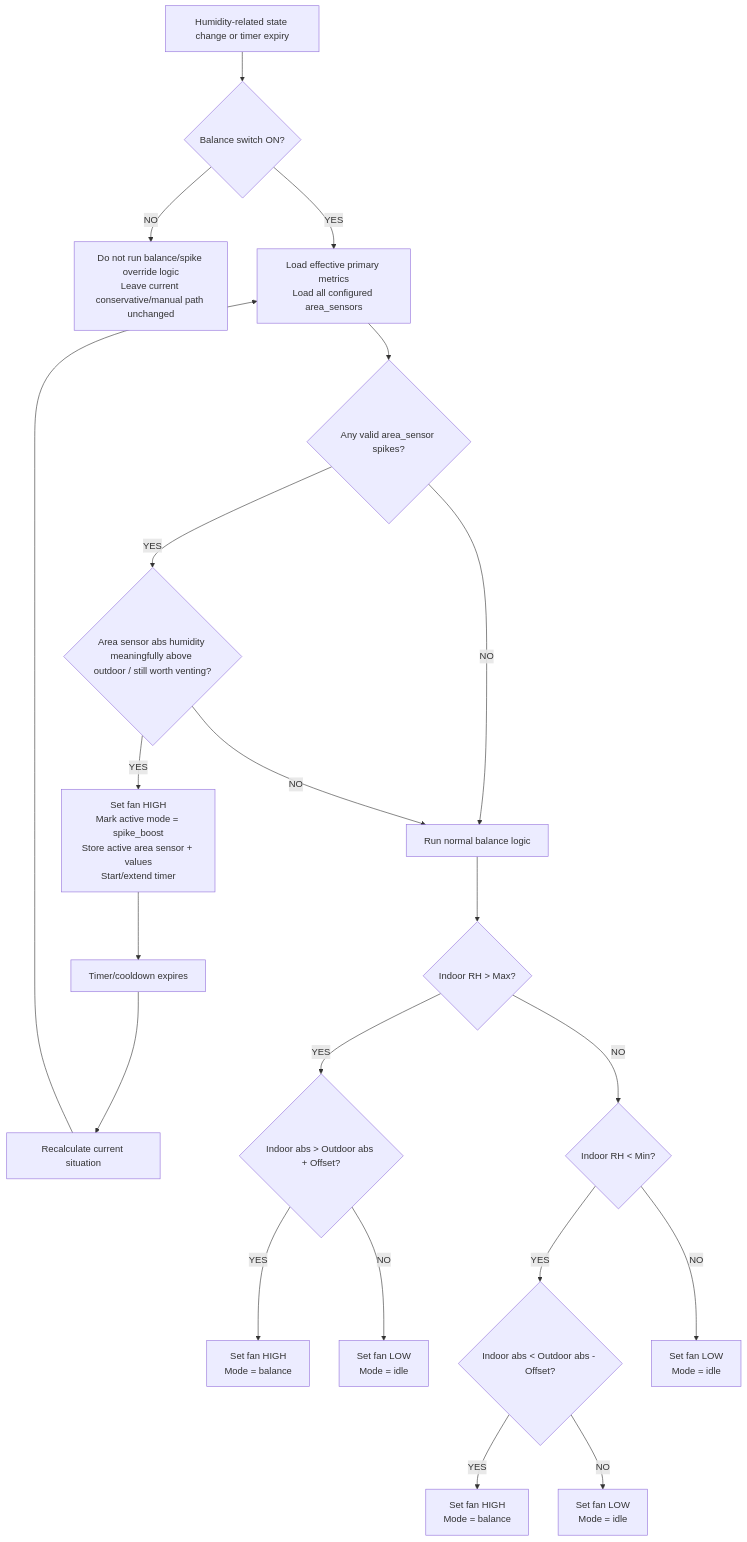
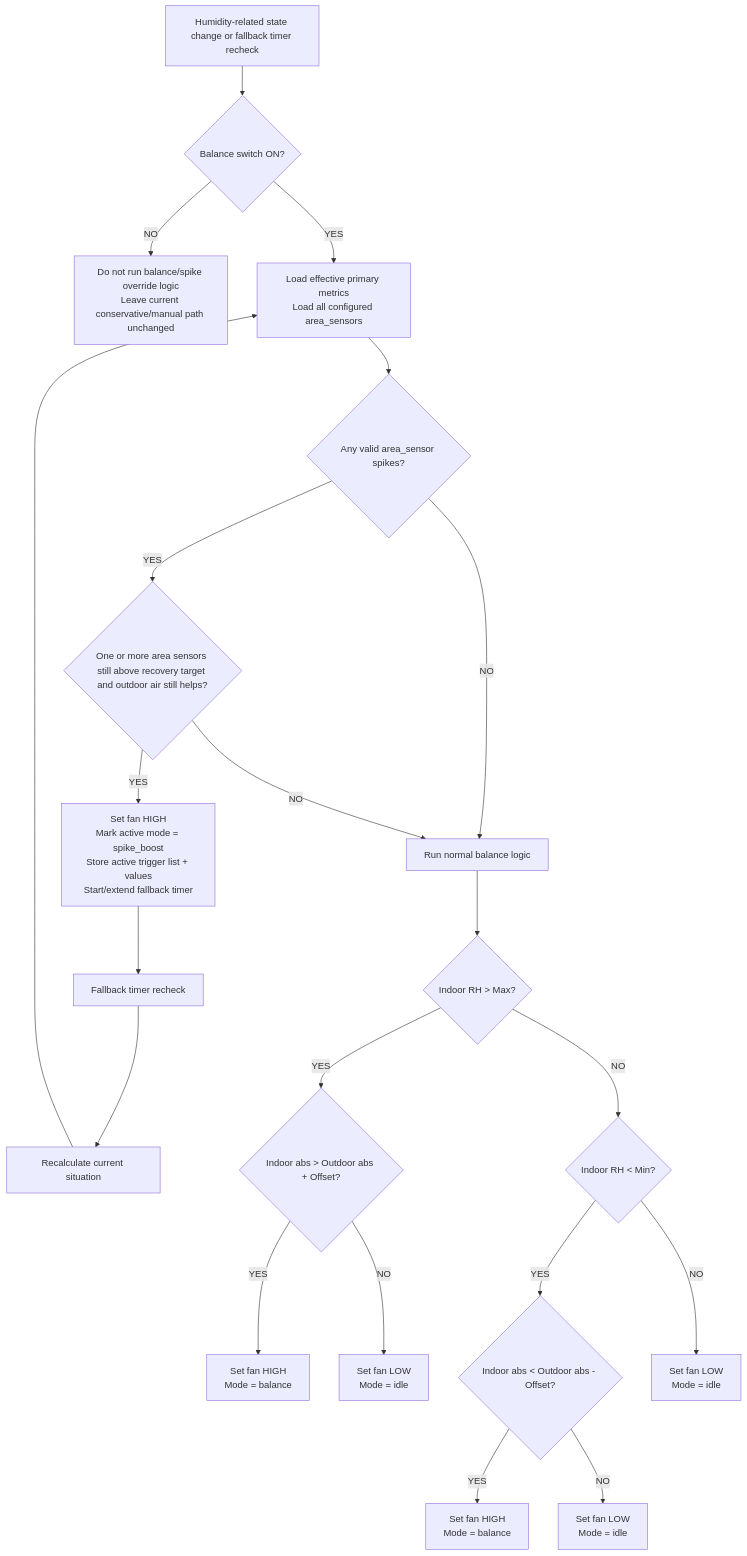
Before and after one commit to wimpie70/ramses_extras: the second of 3 diagrams in custom_components/ramses_extras/features/humidity_control/docs/Humidity Control Spike + Zone Flow Diagram.md, drawn with Mermaid. The commit also changed other lines of this file and 9 other files, not shown here.

Commit message:
fix automation allow input number (for testing) allow multiple area sensors (spikes) list triggered area sensors in hvac fan card move from timed spikes to event driven new decision flow (plan.md)

````diff
--- a/custom_components/ramses_extras/features/humidity_control/docs/Humidity Control Spike + Zone Flow Diagram.md
+++ b/custom_components/ramses_extras/features/humidity_control/docs/Humidity Control Spike + Zone Flow Diagram.md
@@ -67,32 +69,32 @@
 ```mermaid
 flowchart TD
-    START[Humidity-related state change or timer expiry] --> SWITCH{Balance switch ON?}
+    START[Humidity-related state change or fallback timer recheck] --> SWITCH{Balance switch ON?}
 
     SWITCH -->|NO| OFFPATH[Do not run balance/spike override logic<br/>Leave current conservative/manual path unchanged]
 
     SWITCH -->|YES| LOAD[Load effective primary metrics<br/>Load all configured area_sensors]
     LOAD --> VALID{Any valid area_sensor spikes?}
 
-    VALID -->|YES| SPIKECMP{Area sensor abs humidity meaningfully above outdoor / still worth venting?}
+    VALID -->|YES| SPIKECMP{One or more area sensors still above recovery target and outdoor air still helps?}
     VALID -->|NO| BALANCE[Run normal balance logic]
 
-    SPIKECMP -->|YES| HIGH[Set fan HIGH<br/>Mark active mode = spike_boost<br/>Store active area sensor + values<br/>Start/extend timer]
+    SPIKECMP -->|YES| HIGH[Set fan HIGH<br/>Mark active mode = spike_boost<br/>Store active trigger list + values<br/>Start/extend fallback timer]
     SPIKECMP -->|NO| BALANCE
 
-    HIGH --> TIMER[Timer/cooldown expires]
+    HIGH --> TIMER[Fallback timer recheck]
     TIMER --> RECALC[Recalculate current situation]
     RECALC --> LOAD
 
     BALANCE --> RHMAX{Indoor RH > Max?}
     RHMAX -->|YES| DRYER{Indoor abs > Outdoor abs + Offset?}
     RHMAX -->|NO| RHMIN{Indoor RH < Min?}
 
     DRYER -->|YES| BALHIGH[Set fan HIGH<br/>Mode = balance]
     DRYER -->|NO| BALLOW1[Set fan LOW<br/>Mode = idle]
 
     RHMIN -->|YES| WETTER{Indoor abs < Outdoor abs - Offset?}
     RHMIN -->|NO| BALLOW2[Set fan LOW<br/>Mode = idle]
 
     WETTER -->|YES| BALHIGH2[Set fan HIGH<br/>Mode = balance]
     WETTER -->|NO| BALLOW3[Set fan LOW<br/>Mode = idle]
 ```
````
